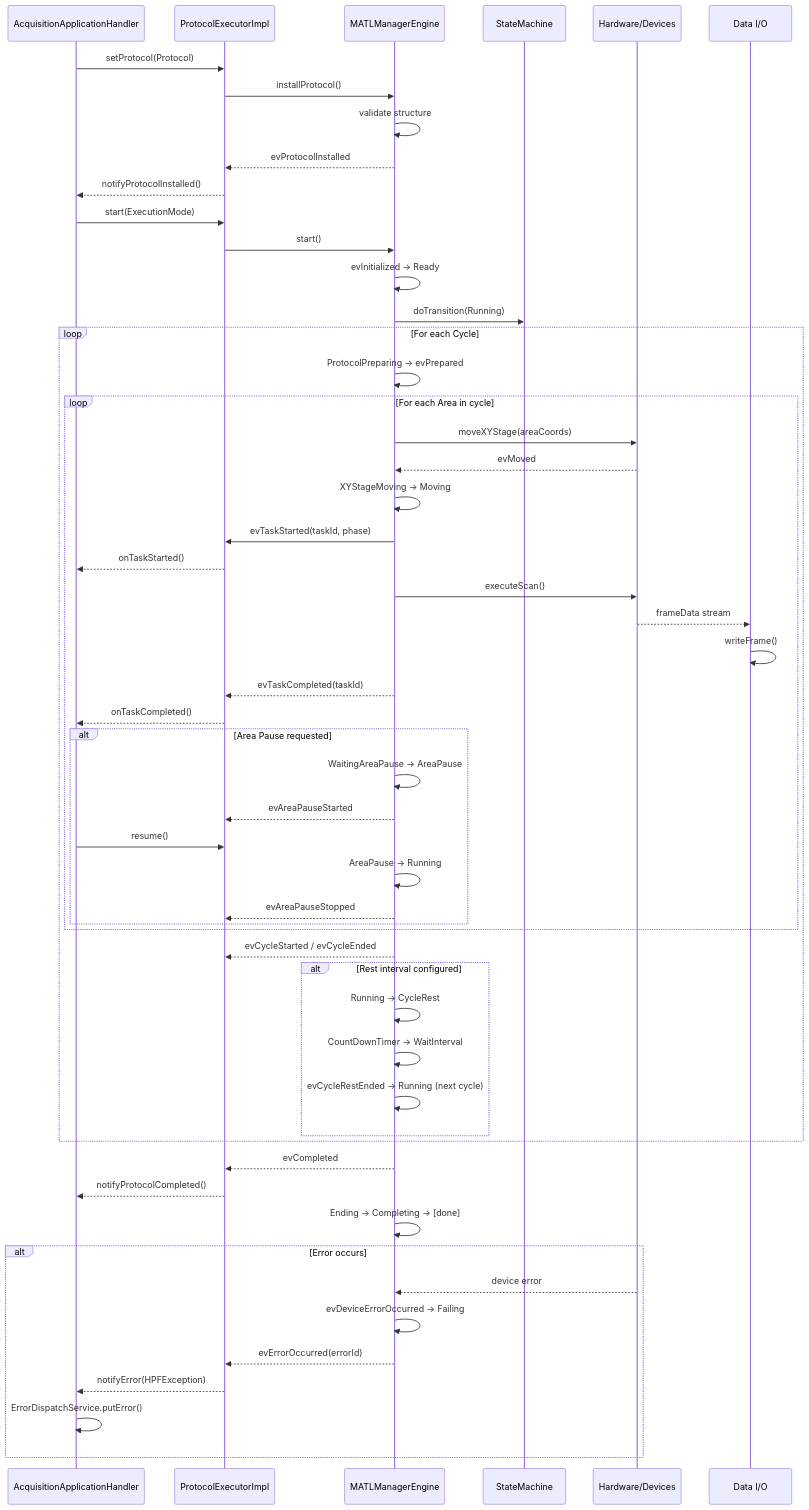
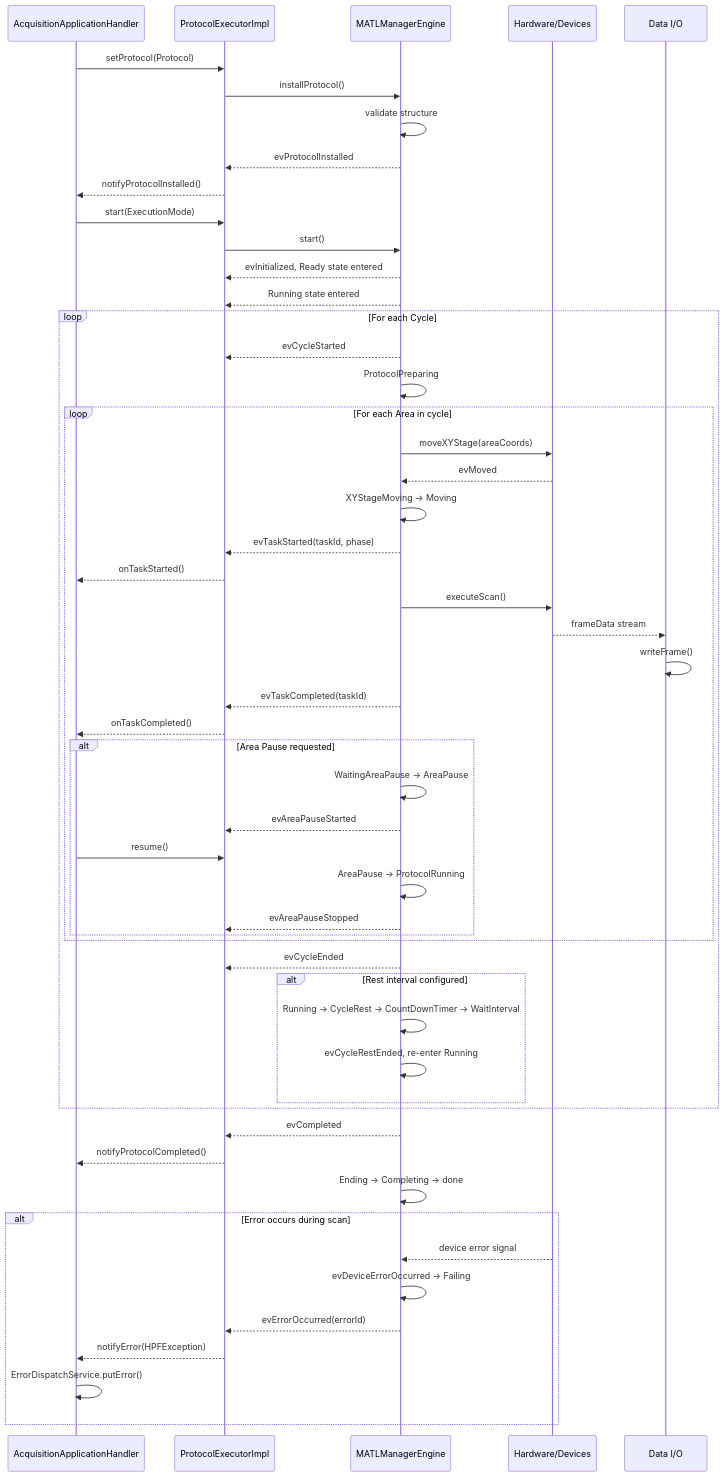
Before and after one commit to EvidentScientific-EIC/arch-docs: the second of 4 diagrams in diagrams/07_matl_protocol.md, drawn with Mermaid. The commit also changed other lines of this file, not shown here.

Commit message:
07_matl_protocol.md - syntax error fix

````diff
--- a/diagrams/07_matl_protocol.md
+++ b/diagrams/07_matl_protocol.md
@@ -84,69 +71,67 @@
 ```mermaid
 sequenceDiagram
     participant Caller as AcquisitionApplicationHandler
     participant PE as ProtocolExecutorImpl
     participant ME as MATLManagerEngine
-    participant SM as StateMachine
     participant HW as Hardware/Devices
     participant DIO as Data I/O
 
     Caller->>PE: setProtocol(Protocol)
     PE->>ME: installProtocol()
     ME->>ME: validate structure
     ME-->>PE: evProtocolInstalled
     PE-->>Caller: notifyProtocolInstalled()
 
     Caller->>PE: start(ExecutionMode)
     PE->>ME: start()
-
-    ME->>ME: evInitialized → Ready
-    ME->>SM: doTransition(Running)
+    ME-->>PE: evInitialized, Ready state entered
+    ME-->>PE: Running state entered
 
     loop For each Cycle
-        ME->>ME: ProtocolPreparing → evPrepared
+        ME-->>PE: evCycleStarted
+        ME->>ME: ProtocolPreparing
 
         loop For each Area in cycle
             ME->>HW: moveXYStage(areaCoords)
             HW-->>ME: evMoved
-            ME->>ME: XYStageMoving → Moving
+            ME->>ME: XYStageMoving -> Moving
 
-            ME->>PE: evTaskStarted(taskId, phase)
+            ME-->>PE: evTaskStarted(taskId, phase)
             PE-->>Caller: onTaskStarted()
 
             ME->>HW: executeScan()
             HW-->>DIO: frameData stream
             DIO->>DIO: writeFrame()
 
             ME-->>PE: evTaskCompleted(taskId)
             PE-->>Caller: onTaskCompleted()
 
             alt Area Pause requested
-                ME->>ME: WaitingAreaPause → AreaPause
+                ME->>ME: WaitingAreaPause -> AreaPause
                 ME-->>PE: evAreaPauseStarted
                 Caller->>PE: resume()
-                ME->>ME: AreaPause → Running
+                ME->>ME: AreaPause -> ProtocolRunning
                 ME-->>PE: evAreaPauseStopped
             end
         end
 
-        ME-->>PE: evCycleStarted / evCycleEnded
+        ME-->>PE: evCycleEnded
 
         alt Rest interval configured
-            ME->>ME: Running → CycleRest
-            ME->>ME: CountDownTimer → WaitInterval
-            ME->>ME: evCycleRestEnded → Running (next cycle)
+            ME->>ME: Running -> CycleRest -> CountDownTimer -> WaitInterval
+            ME->>ME: evCycleRestEnded, re-enter Running
         end
     end
 
     ME-->>PE: evCompleted
     PE-->>Caller: notifyProtocolCompleted()
-    ME->>ME: Ending → Completing → [done]
+    ME->>ME: Ending -> Completing -> done
 
-    alt Error occurs
-        HW-->>ME: device error
-        ME->>ME: evDeviceErrorOccurred → Failing
+    alt Error occurs during scan
+        HW-->>ME: device error signal
+        ME->>ME: evDeviceErrorOccurred -> Failing
         ME-->>PE: evErrorOccurred(errorId)
         PE-->>Caller: notifyError(HPFException)
         Caller->>Caller: ErrorDispatchService.putError()
     end
 ```
````
